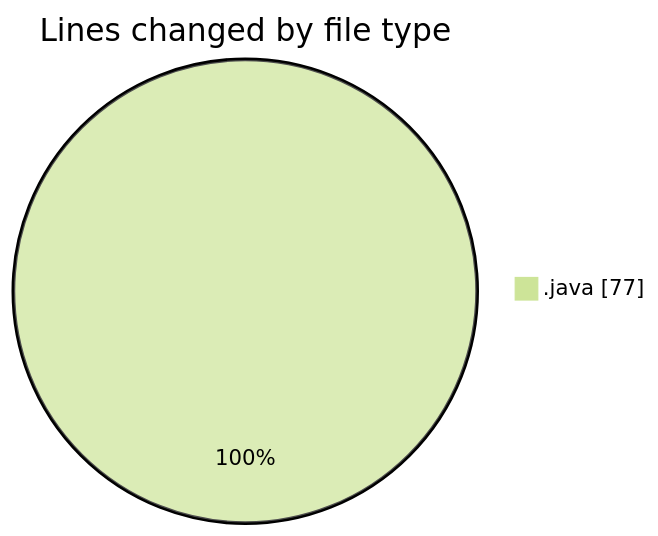
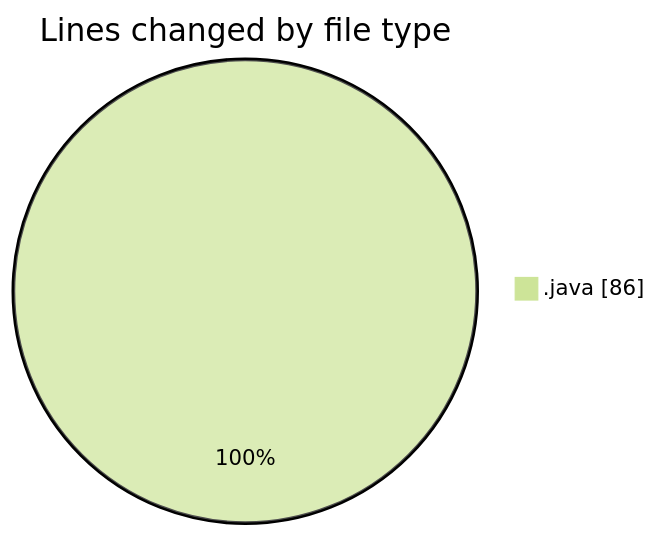
One commit to NitaiMahat/code-tracking changed the first of 2 diagrams in 2025-03-23/startfiles/README.md. Above: the diagram before and after it, drawn with Mermaid (forest theme). The commit also changed other lines of this file and 1 other file, not shown here.

````diff
--- a/2025-03-23/startfiles/README.md
+++ b/2025-03-23/startfiles/README.md
@@ -21,5 +21,5 @@
 ```mermaid
 pie showData
 title Lines changed by file type
-".java" : 77
+".java" : 86
 ```
````
